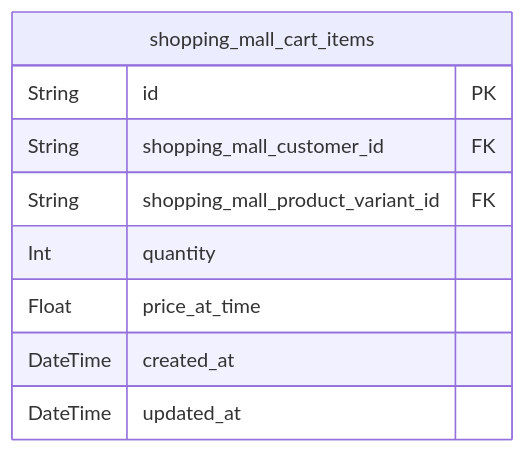
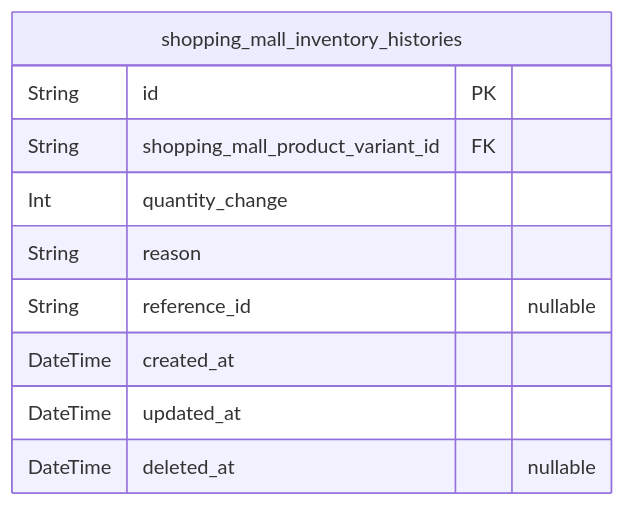
Before and after one commit to wrtnlabs/autobe-examples: the fourth of 12 diagrams in qwen/qwen3-next-80b-a3b-instruct/shopping/docs/ERD.md, drawn with Mermaid. The commit also changed other lines of this file and 11104 other files, not shown here.

````diff
--- a/qwen/qwen3-next-80b-a3b-instruct/shopping/docs/ERD.md
+++ b/qwen/qwen3-next-80b-a3b-instruct/shopping/docs/ERD.md
@@ -1566,12 +864,13 @@
 ```mermaid
 erDiagram
-"shopping_mall_cart_items" {
+"shopping_mall_inventory_histories" {
   String id PK
-  String shopping_mall_customer_id FK
   String shopping_mall_product_variant_id FK
-  Int quantity
-  Float price_at_time
+  Int quantity_change
+  String reason
+  String reference_id "nullable"
   DateTime created_at
   DateTime updated_at
+  DateTime deleted_at "nullable"
 }
 ```
````
